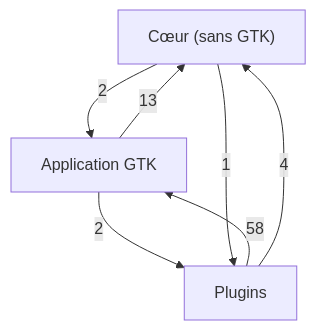
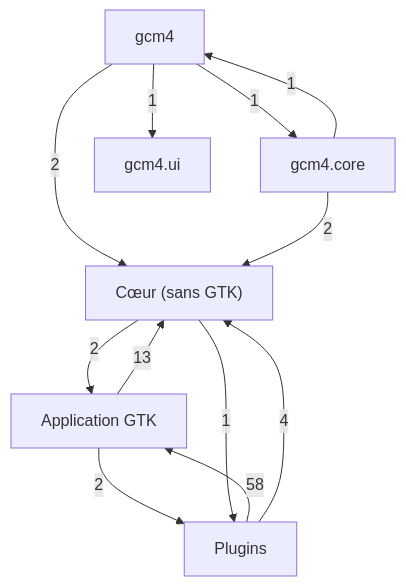
The first of 7 diagrams in docs/class-diagram.md (Mathide-Team/Gcm4), drawn with Mermaid before and after one commit. The commit also changed other lines of this file, not shown here.

Commit message:
docs(#133): diagramme de classes régénéré (Gcm4Application)

````diff
--- a/docs/class-diagram.md
+++ b/docs/class-diagram.md
@@ -21,12 +21,20 @@
 ```mermaid
 flowchart TD
     g0["Cœur (sans GTK)"]
     g1["Application GTK"]
     g2["Plugins"]
+    g3["gcm4"]
+    g4["gcm4.core"]
+    g5["gcm4.ui"]
     g1 -->|13| g0
     g1 -->|2| g2
     g0 -->|2| g1
     g0 -->|1| g2
     g2 -->|58| g1
     g2 -->|4| g0
+    g3 -->|2| g0
+    g3 -->|1| g4
+    g3 -->|1| g5
+    g4 -->|2| g0
+    g4 -->|1| g3
 ```
````
